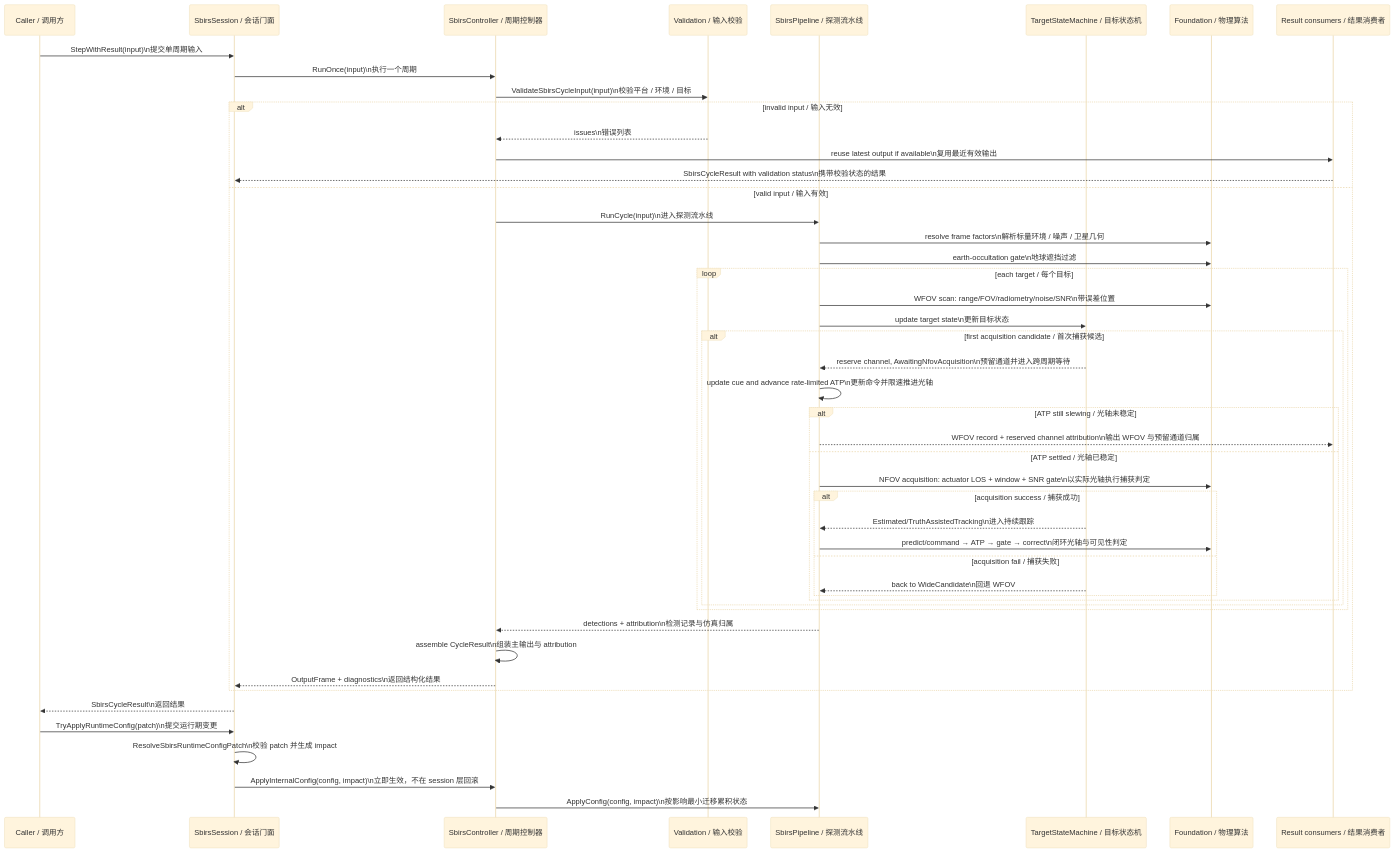
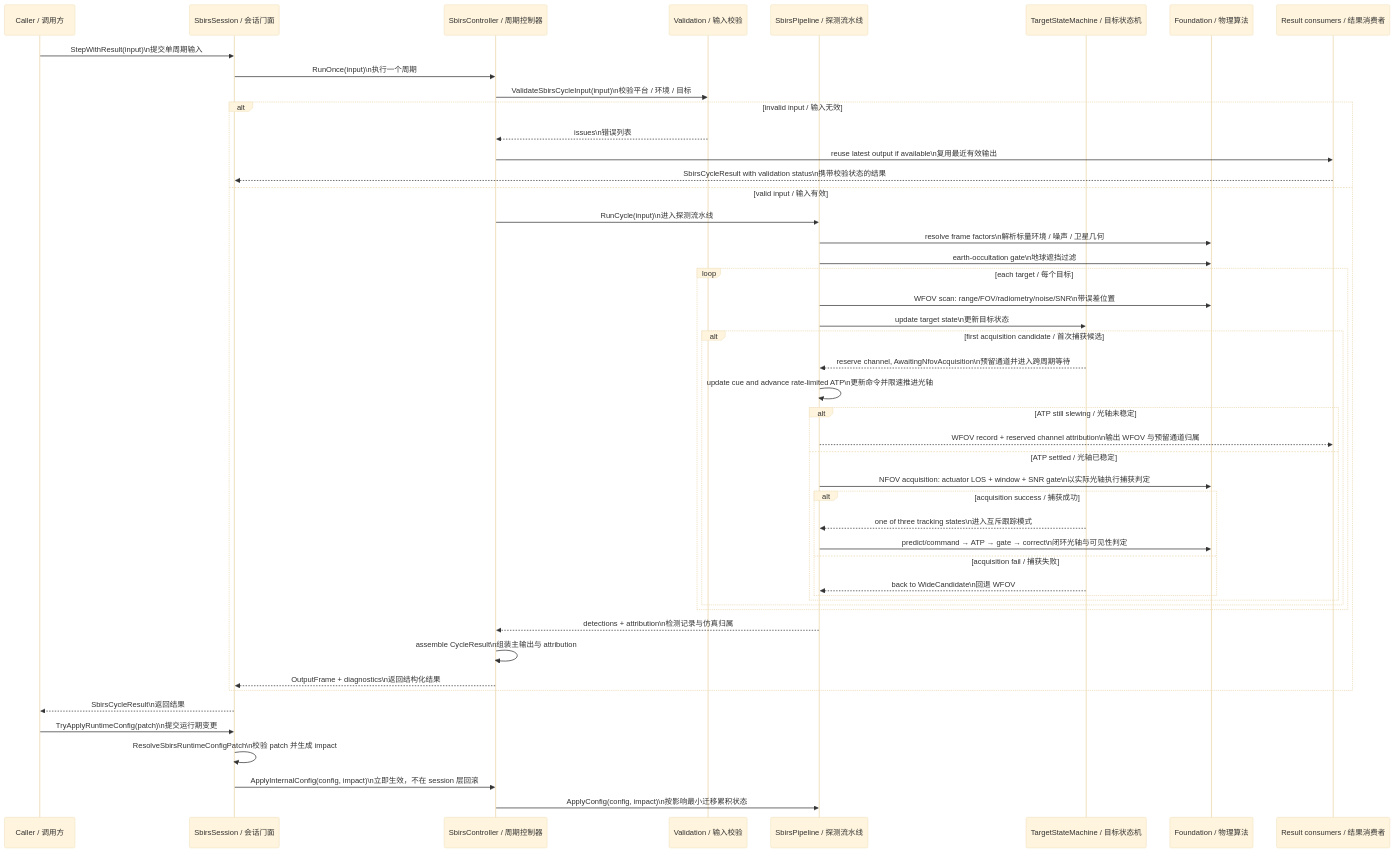
One commit to boilwater-3/1q changed the second of 4 diagrams in docs/space_based_infrared_sensor/design.md. Above: the diagram before and after it, drawn with Mermaid (base theme). The commit also changed other lines of this file and 34 other files, not shown here.

Commit message:
feat(sbirs): add explicit truth-assisted tracking modes

````diff
--- a/docs/space_based_infrared_sensor/design.md
+++ b/docs/space_based_infrared_sensor/design.md
@@ -176,52 +175,52 @@
 ```mermaid
 sequenceDiagram
   participant Caller as Caller / 调用方
   participant Session as SbirsSession / 会话门面
   participant Controller as SbirsController / 周期控制器
   participant Validator as Validation / 输入校验
   participant Pipeline as SbirsPipeline / 探测流水线
   participant SM as TargetStateMachine / 目标状态机
   participant Physics as Foundation / 物理算法
   participant Output as Result consumers / 结果消费者
 
   Caller->>Session: StepWithResult(input)\n提交单周期输入
   Session->>Controller: RunOnce(input)\n执行一个周期
   Controller->>Validator: ValidateSbirsCycleInput(input)\n校验平台 / 环境 / 目标
   alt invalid input / 输入无效
     Validator-->>Controller: issues\n错误列表
     Controller->>Output: reuse latest output if available\n复用最近有效输出
     Output-->>Session: SbirsCycleResult with validation status\n携带校验状态的结果
   else valid input / 输入有效
     Controller->>Pipeline: RunCycle(input)\n进入探测流水线
     Pipeline->>Physics: resolve frame factors\n解析标量环境 / 噪声 / 卫星几何
     Pipeline->>Physics: earth-occultation gate\n地球遮挡过滤
     loop each target / 每个目标
       Pipeline->>Physics: WFOV scan: range/FOV/radiometry/noise/SNR\n带误差位置
       Pipeline->>SM: update target state\n更新目标状态
       alt first acquisition candidate / 首次捕获候选
         SM-->>Pipeline: reserve channel, AwaitingNfovAcquisition\n预留通道并进入跨周期等待
         Pipeline->>Pipeline: update cue and advance rate-limited ATP\n更新命令并限速推进光轴
         alt ATP still slewing / 光轴未稳定
           Pipeline-->>Output: WFOV record + reserved channel attribution\n输出 WFOV 与预留通道归属
         else ATP settled / 光轴已稳定
           Pipeline->>Physics: NFOV acquisition: actuator LOS + window + SNR gate\n以实际光轴执行捕获判定
         alt acquisition success / 捕获成功
-          SM-->>Pipeline: Estimated/TruthAssistedTracking\n进入持续跟踪
+          SM-->>Pipeline: one of three tracking states\n进入互斥跟踪模式
           Pipeline->>Physics: predict/command → ATP → gate → correct\n闭环光轴与可见性判定
         else acquisition fail / 捕获失败
           SM-->>Pipeline: back to WideCandidate\n回退 WFOV
         end
         end
       end
     end
     Pipeline-->>Controller: detections + attribution\n检测记录与仿真归属
     Controller->>Controller: assemble CycleResult\n组装主输出与 attribution
     Controller-->>Session: OutputFrame + diagnostics\n返回结构化结果
   end
   Session-->>Caller: SbirsCycleResult\n返回结果
 
   Caller->>Session: TryApplyRuntimeConfig(patch)\n提交运行期变更
   Session->>Session: ResolveSbirsRuntimeConfigPatch\n校验 patch 并生成 impact
   Session->>Controller: ApplyInternalConfig(config, impact)\n立即生效，不在 session 层回滚
   Controller->>Pipeline: ApplyConfig(config, impact)\n按影响最小迁移累积状态
 ```
````
